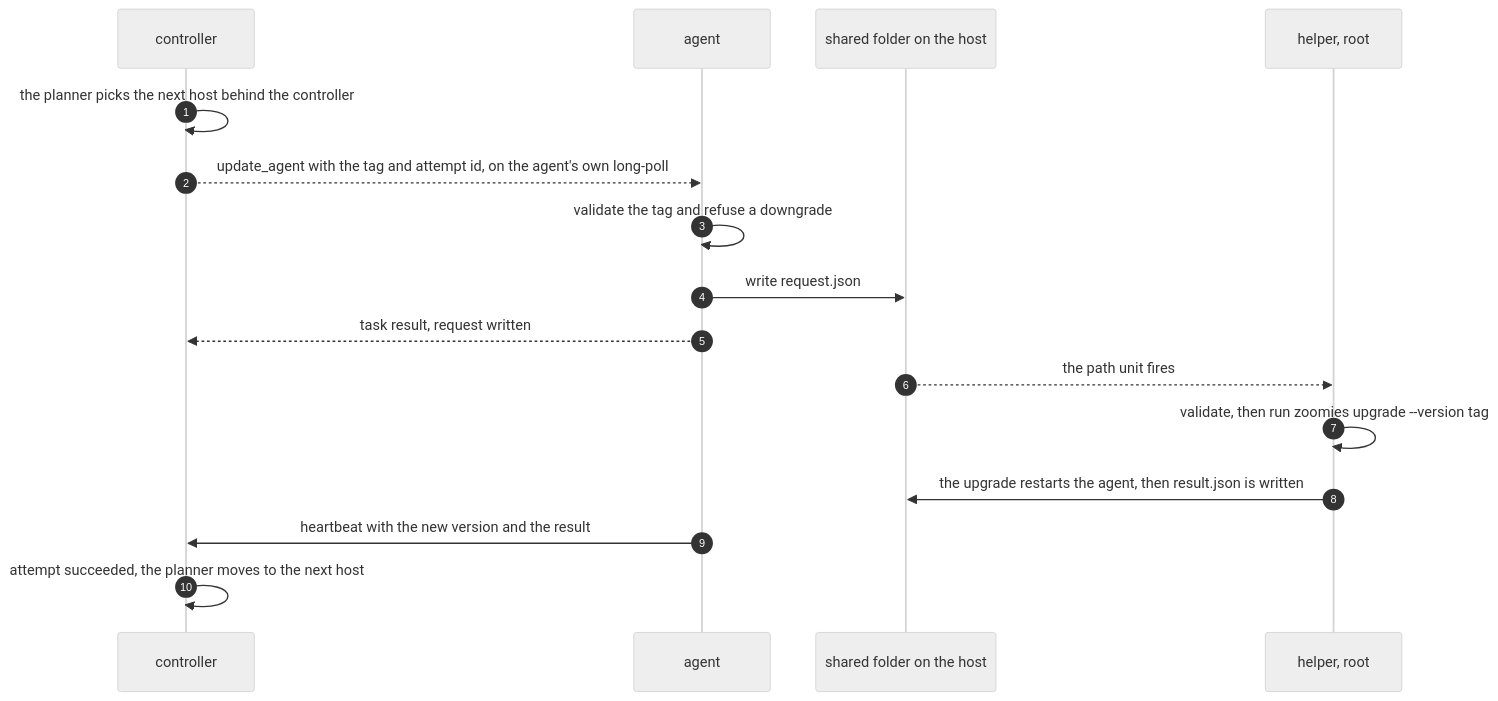
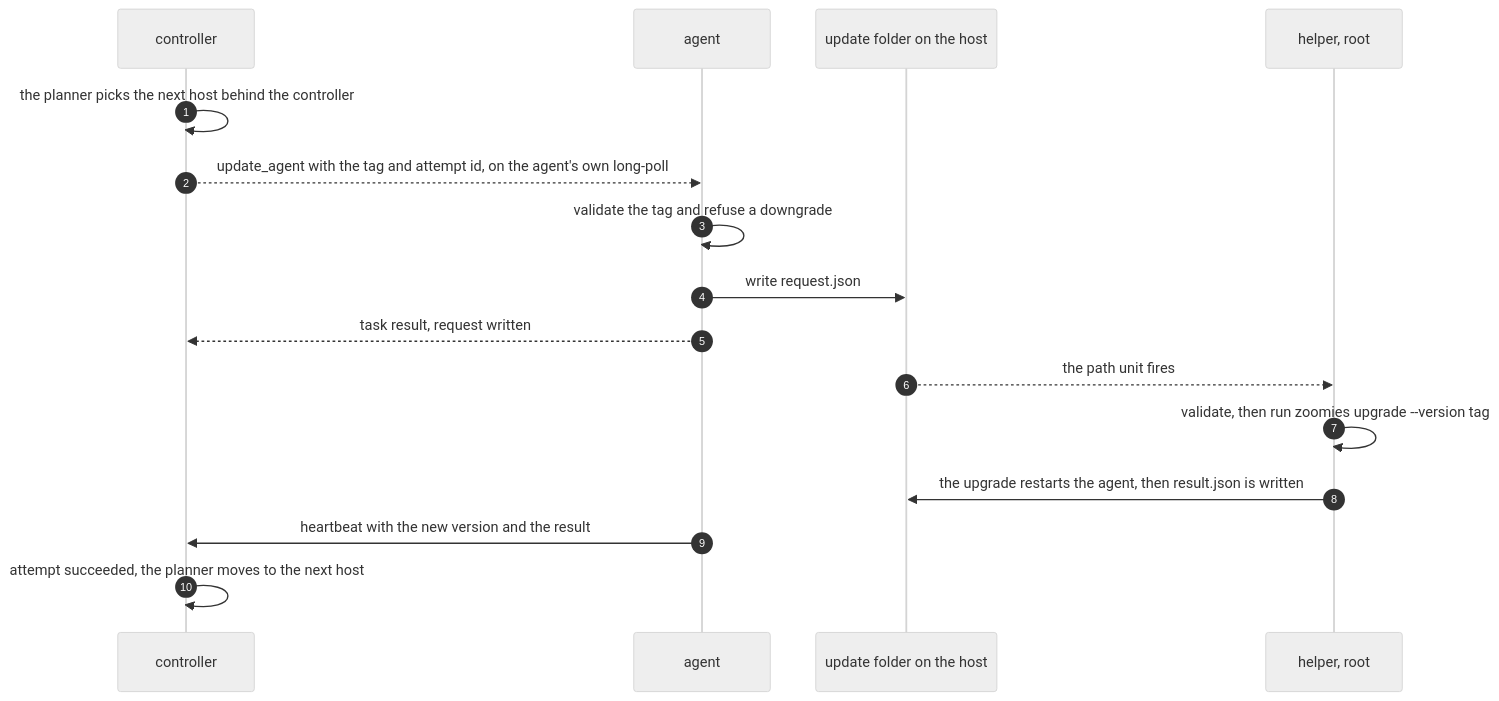
Before and after one commit to eyupio/Zoomies: the second of 2 diagrams in roadmap/in-product-updates.md, drawn with Mermaid (neutral theme). The commit also changed other lines of this file and 4 other files, not shown here.

````diff
--- a/roadmap/in-product-updates.md
+++ b/roadmap/in-product-updates.md
@@ -258,19 +320,19 @@
 ```mermaid
 sequenceDiagram
     autonumber
     participant C as controller
     participant A as agent
-    participant S as shared folder on the host
+    participant S as update folder on the host
     participant H as helper, root
 
     C->>C: the planner picks the next host behind the controller
     C-->>A: update_agent with the tag and attempt id, on the agent's own long-poll
     A->>A: validate the tag and refuse a downgrade
     A->>S: write request.json
     A-->>C: task result, request written
     S-->>H: the path unit fires
     H->>H: validate, then run zoomies upgrade --version tag
     H->>S: the upgrade restarts the agent, then result.json is written
     A->>C: heartbeat with the new version and the result
     C->>C: attempt succeeded, the planner moves to the next host
 ```
````
